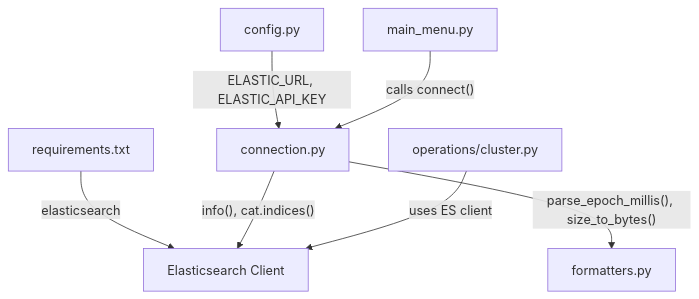
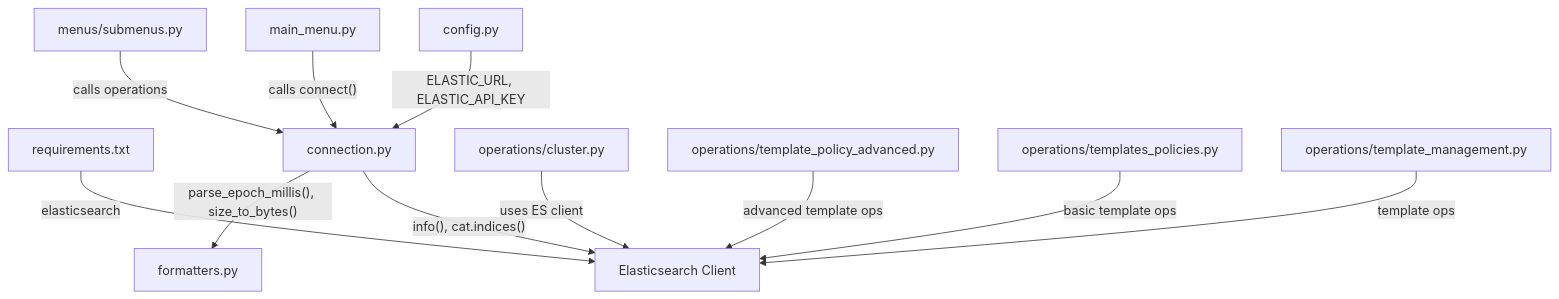
Before and after one commit to austinsonger/elastic-janitor: the sixth of 6 diagrams in .qoder/repowiki/en/content/API Reference/Core Modules.md, drawn with Mermaid. The commit also changed other lines of this file and 51 other files, not shown here.

````diff
--- a/.qoder/repowiki/en/content/API Reference/Core Modules.md
+++ b/.qoder/repowiki/en/content/API Reference/Core Modules.md
@@ -256,9 +364,13 @@
 ```mermaid
 graph TB
 REQ["requirements.txt"] --> |"elasticsearch"| ES["Elasticsearch Client"]
 CFG["config.py"] --> |"ELASTIC_URL, ELASTIC_API_KEY"| CONN["connection.py"]
 CONN --> |"info(), cat.indices()"| ES
 CONN --> |"parse_epoch_millis(), size_to_bytes()"| FMT["formatters.py"]
 MM["main_menu.py"] --> |"calls connect()"| CONN
+SUB["menus/submenus.py"] --> |"calls operations" | CONN
 CL["operations/cluster.py"] --> |"uses ES client"| ES
+TPA["operations/template_policy_advanced.py"] --> |"advanced template ops"| ES
+TPL["operations/templates_policies.py"] --> |"basic template ops"| ES
+TM["operations/template_management.py"] --> |"template ops"| ES
 ```
````
